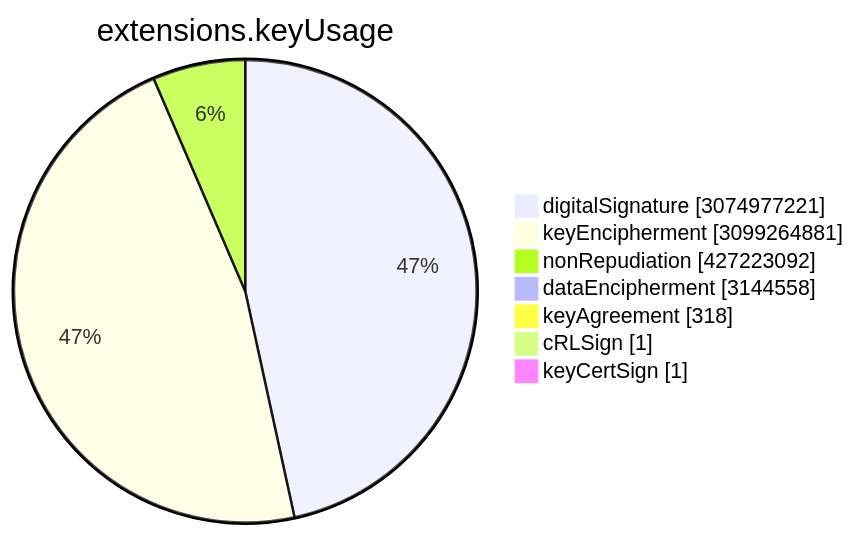
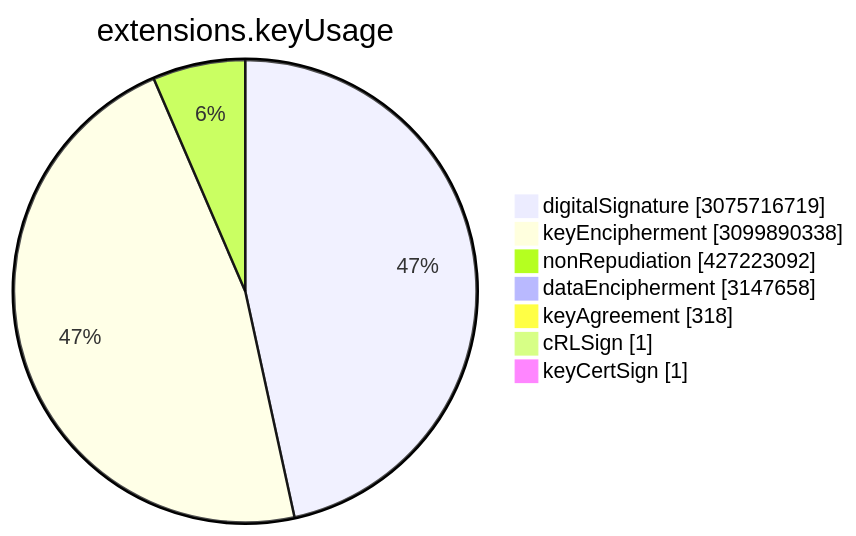
One commit to christiankrug/ctmonitor_visualization changed the sixth of 15 diagrams in TOTAL/README.md. Above: the diagram before and after it, drawn with Mermaid. The commit also changed other lines of this file, not shown here.

````diff
--- a/TOTAL/README.md
+++ b/TOTAL/README.md
@@ -3075,11 +3075,11 @@
 ```mermaid
 pie showData
 title extensions.keyUsage
-"digitalSignature" :3074977221
-"keyEncipherment" :3099264881
+"digitalSignature" :3075716719
+"keyEncipherment" :3099890338
 "nonRepudiation" :427223092
-"dataEncipherment" :3144558
+"dataEncipherment" :3147658
 "keyAgreement" :318
 "cRLSign" :1
 "keyCertSign" :1
 ```
````
